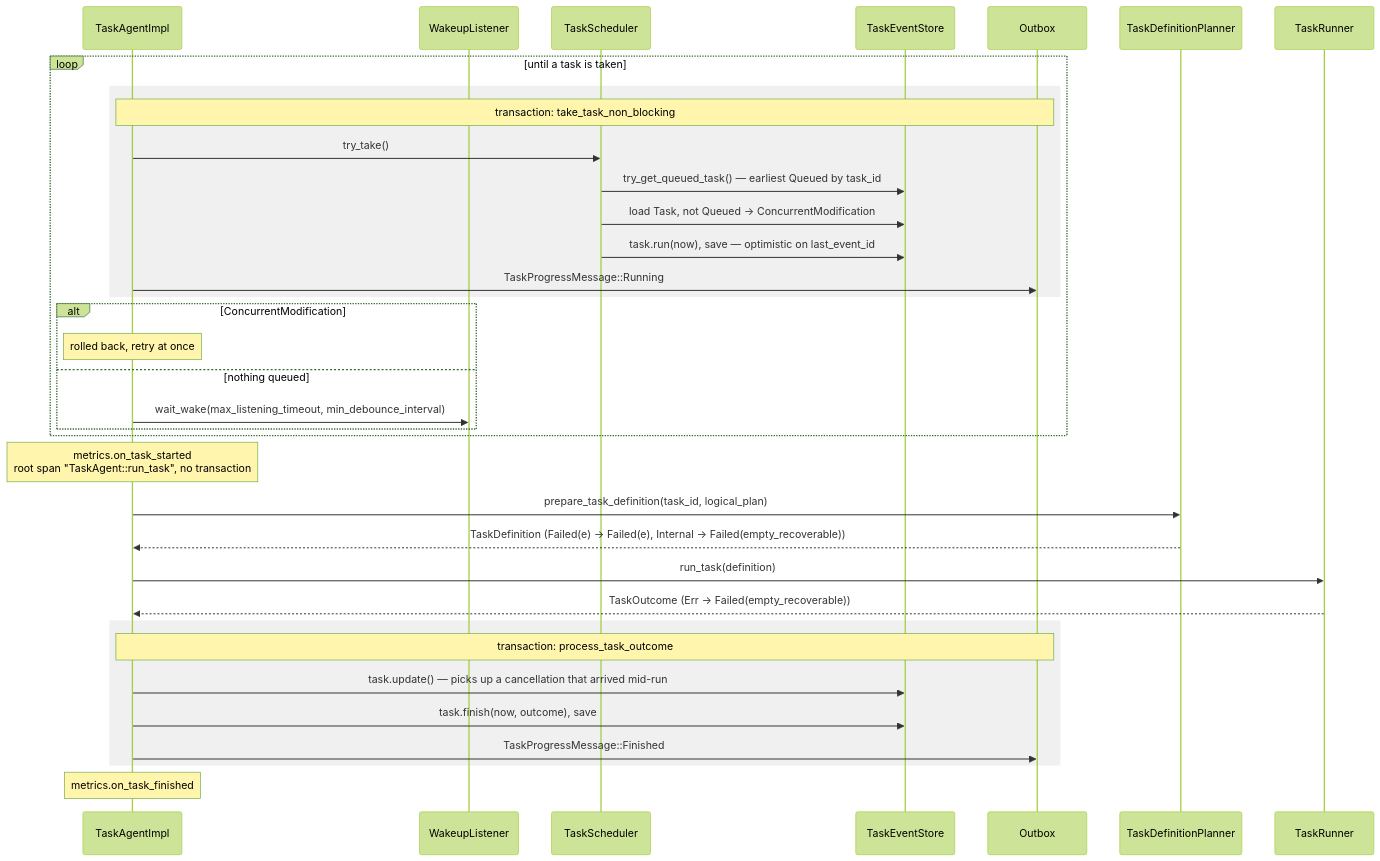
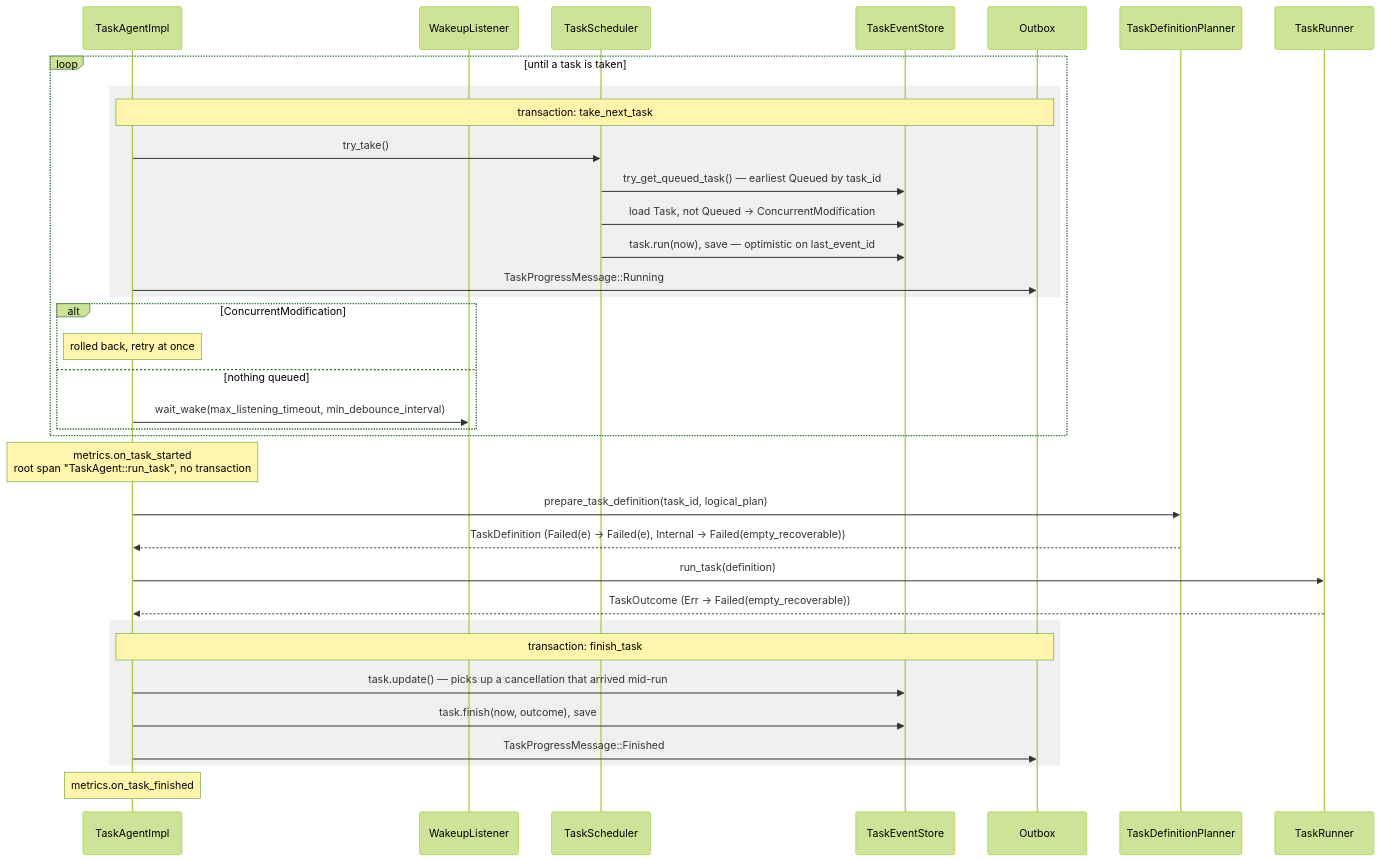
One commit to kamu-data/kamu-cli changed the third of 4 diagrams in docs/internal/task-system.md. Above: the diagram before and after it, drawn with Mermaid (forest theme). The commit also changed other lines of this file and 36 other files, not shown here.

````diff
--- a/docs/internal/task-system.md
+++ b/docs/internal/task-system.md
@@ -227,40 +227,40 @@
 ```mermaid
 sequenceDiagram
     participant A as TaskAgentImpl
     participant W as WakeupListener
     participant S as TaskScheduler
     participant ES as TaskEventStore
     participant O as Outbox
     participant P as TaskDefinitionPlanner
     participant R as TaskRunner
 
     loop until a task is taken
         rect rgba(128, 128, 128, 0.12)
-            note over A,O: transaction: take_task_non_blocking
+            note over A,O: transaction: take_next_task
             A->>S: try_take()
             S->>ES: try_get_queued_task() — earliest Queued by task_id
             S->>ES: load Task, not Queued → ConcurrentModification
             S->>ES: task.run(now), save — optimistic on last_event_id
             A->>O: TaskProgressMessage::Running
         end
         alt ConcurrentModification
             note over A: rolled back, retry at once
         else nothing queued
             A->>W: wait_wake(max_listening_timeout, min_debounce_interval)
         end
     end
 
     note over A: metrics.on_task_started<br/>root span "TaskAgent::run_task", no transaction
     A->>P: prepare_task_definition(task_id, logical_plan)
     P-->>A: TaskDefinition (Failed(e) → Failed(e), Internal → Failed(empty_recoverable))
     A->>R: run_task(definition)
     R-->>A: TaskOutcome (Err → Failed(empty_recoverable))
 
     rect rgba(128, 128, 128, 0.12)
-        note over A,O: transaction: process_task_outcome
+        note over A,O: transaction: finish_task
         A->>ES: task.update() — picks up a cancellation that arrived mid-run
         A->>ES: task.finish(now, outcome), save
         A->>O: TaskProgressMessage::Finished
     end
     note over A: metrics.on_task_finished
 ```
````
